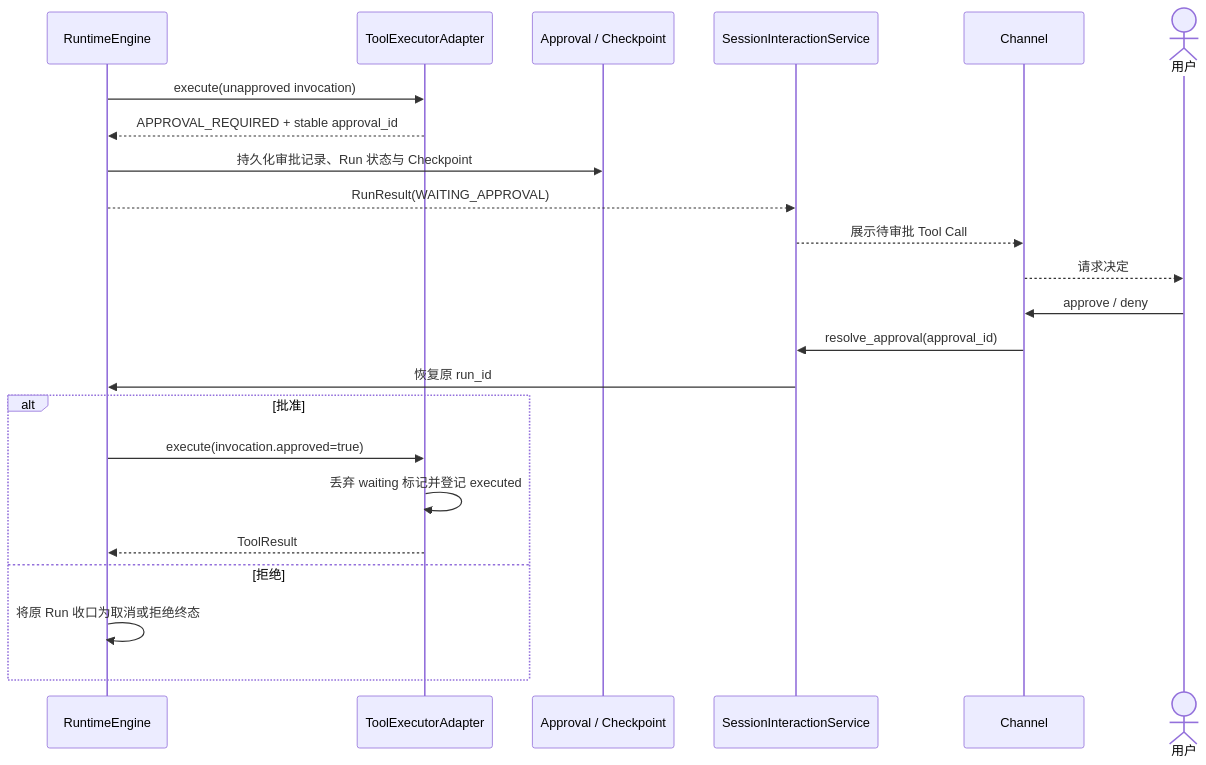
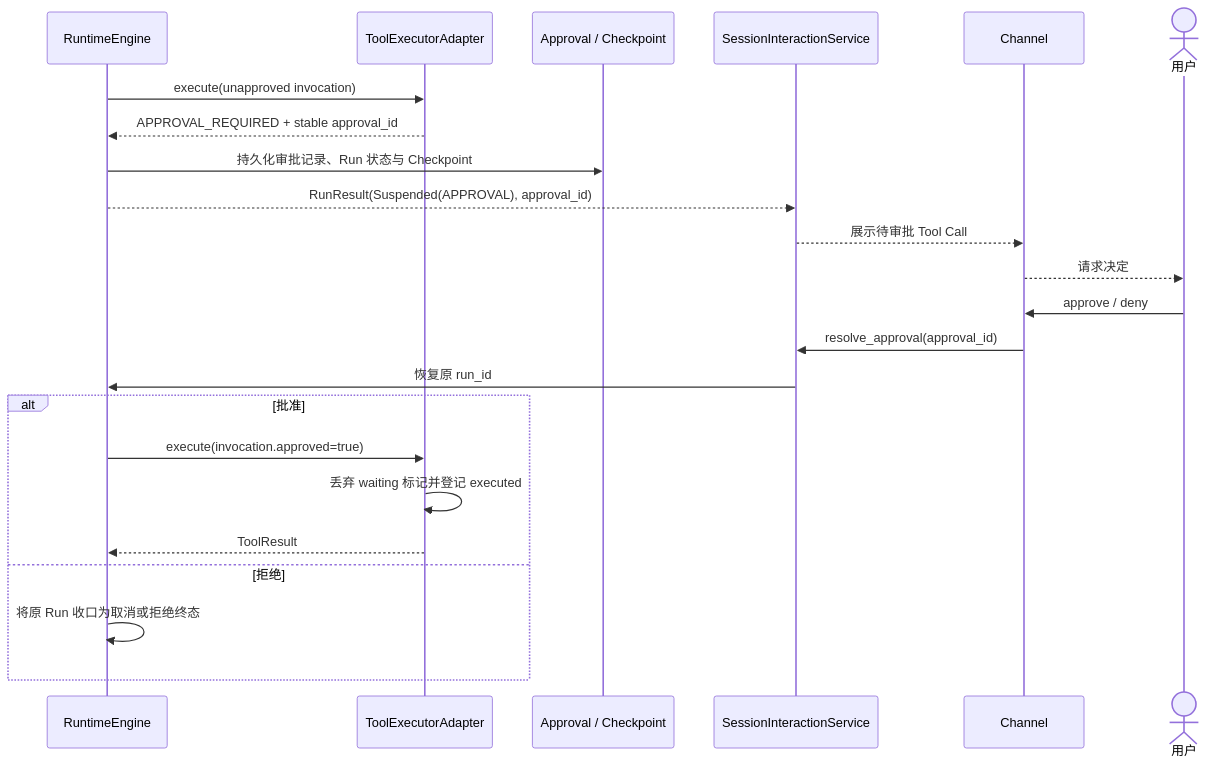
Before and after one commit to aandbcct/dotClaw: the seventh of 11 diagrams in docs/wiki/Tool 模块总体说明.md, drawn with Mermaid. The commit also changed other lines of this file and 12 other files, not shown here.

````diff
--- a/docs/wiki/Tool 模块总体说明.md
+++ b/docs/wiki/Tool 模块总体说明.md
@@ -1052,27 +1052,27 @@
 ```mermaid
 sequenceDiagram
     participant Engine as RuntimeEngine
     participant Adapter as ToolExecutorAdapter
     participant ApprovalRepo as Approval / Checkpoint
     participant App as SessionInteractionService
     participant Channel as Channel
     actor User as 用户
 
     Engine->>Adapter: execute(unapproved invocation)
     Adapter-->>Engine: APPROVAL_REQUIRED + stable approval_id
     Engine->>ApprovalRepo: 持久化审批记录、Run 状态与 Checkpoint
-    Engine-->>App: RunResult(WAITING_APPROVAL)
+    Engine-->>App: RunResult(Suspended(APPROVAL), approval_id)
     App-->>Channel: 展示待审批 Tool Call
     Channel-->>User: 请求决定
     User->>Channel: approve / deny
     Channel->>App: resolve_approval(approval_id)
     App->>Engine: 恢复原 run_id
 
     alt 批准
         Engine->>Adapter: execute(invocation.approved=true)
         Adapter->>Adapter: 丢弃 waiting 标记并登记 executed
         Adapter-->>Engine: ToolResult
     else 拒绝
         Engine->>Engine: 将原 Run 收口为取消或拒绝终态
     end
 ```
````
